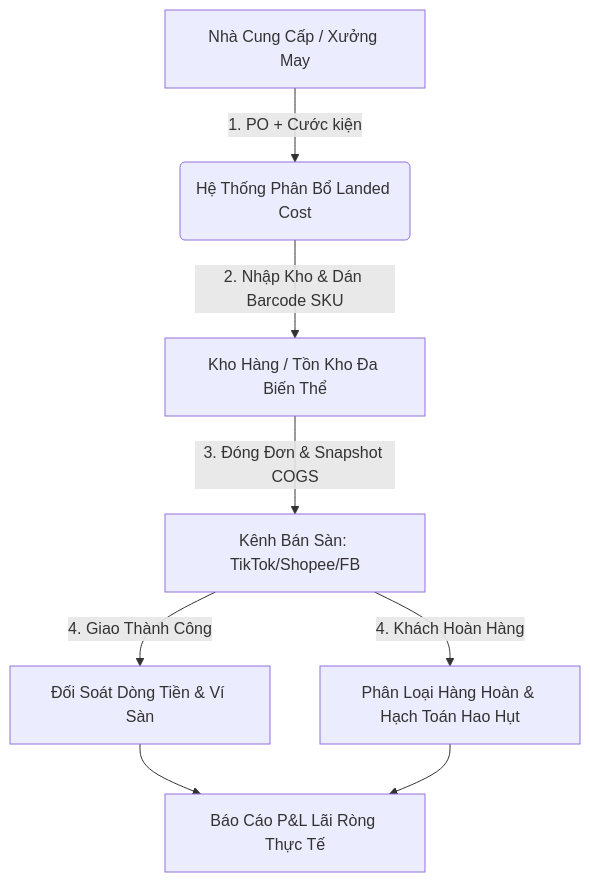
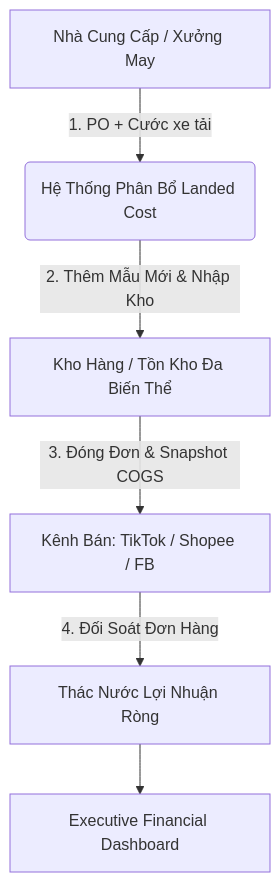
Before and after one commit to duchoa0405/Day1_intern_VSF: the first of 3 diagrams in README.md, drawn with Mermaid. The commit also changed other lines of this file and 27 other files, not shown here.

Commit message:
feat: complete MVP 3 core engines, updated mindmaps

````diff
--- a/README.md
+++ b/README.md
@@ -20,10 +16,8 @@
 ```mermaid
 flowchart TD
-    A[Nhà Cung Cấp / Xưởng May] -->|1. PO + Cước kiện| B(Hệ Thống Phân Bổ Landed Cost)
-    B -->|2. Nhập Kho & Dán Barcode SKU| C[Kho Hàng / Tồn Kho Đa Biến Thể]
-    C -->|3. Đóng Đơn & Snapshot COGS| D[Kênh Bán Sàn: TikTok/Shopee/FB]
-    D -->|4. Giao Thành Công| E[Đối Soát Dòng Tiền & Ví Sàn]
-    D -->|4. Khách Hoàn Hàng| F[Phân Loại Hàng Hoàn & Hạch Toán Hao Hụt]
-    E --> G[Báo Cáo P&L Lãi Ròng Thực Tế]
-    F --> G
+    A[Nhà Cung Cấp / Xưởng May] -->|1. PO + Cước xe tải| B(Hệ Thống Phân Bổ Landed Cost)
+    B -->|2. Thêm Mẫu Mới & Nhập Kho| C[Kho Hàng / Tồn Kho Đa Biến Thể]
+    C -->|3. Đóng Đơn & Snapshot COGS| D[Kênh Bán: TikTok / Shopee / FB]
+    D -->|4. Đối Soát Đơn Hàng| E[Thác Nước Lợi Nhuận Ròng]
+    E --> G[Executive Financial Dashboard]
 ```
````
